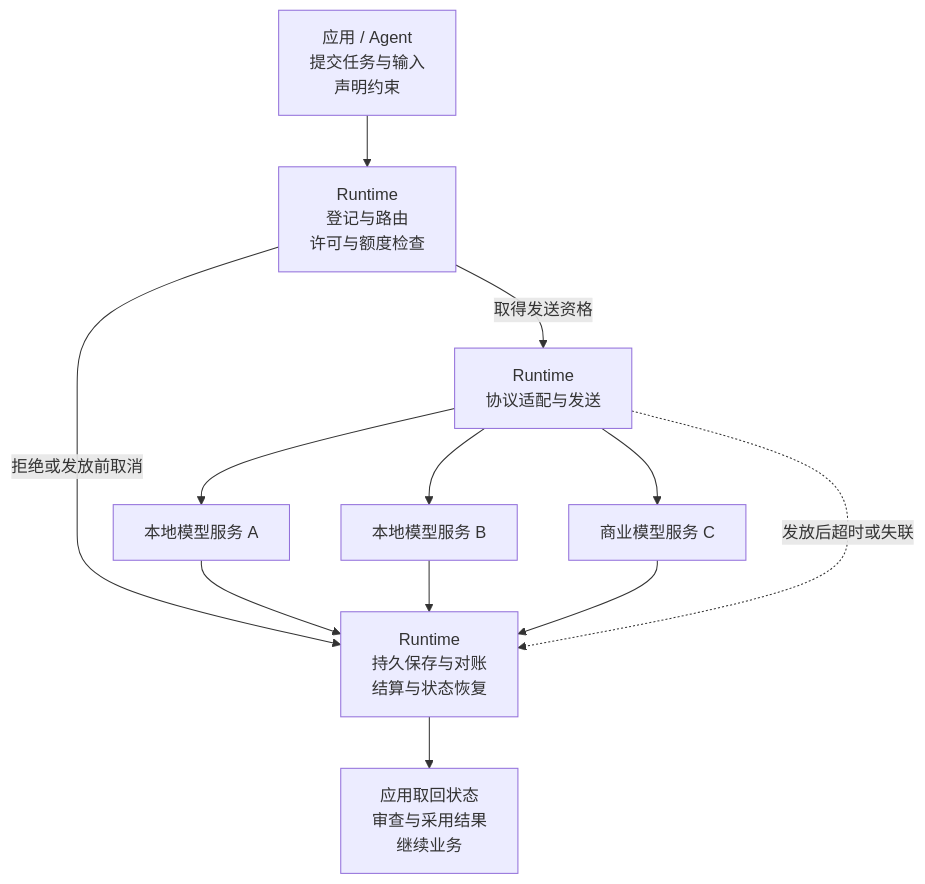
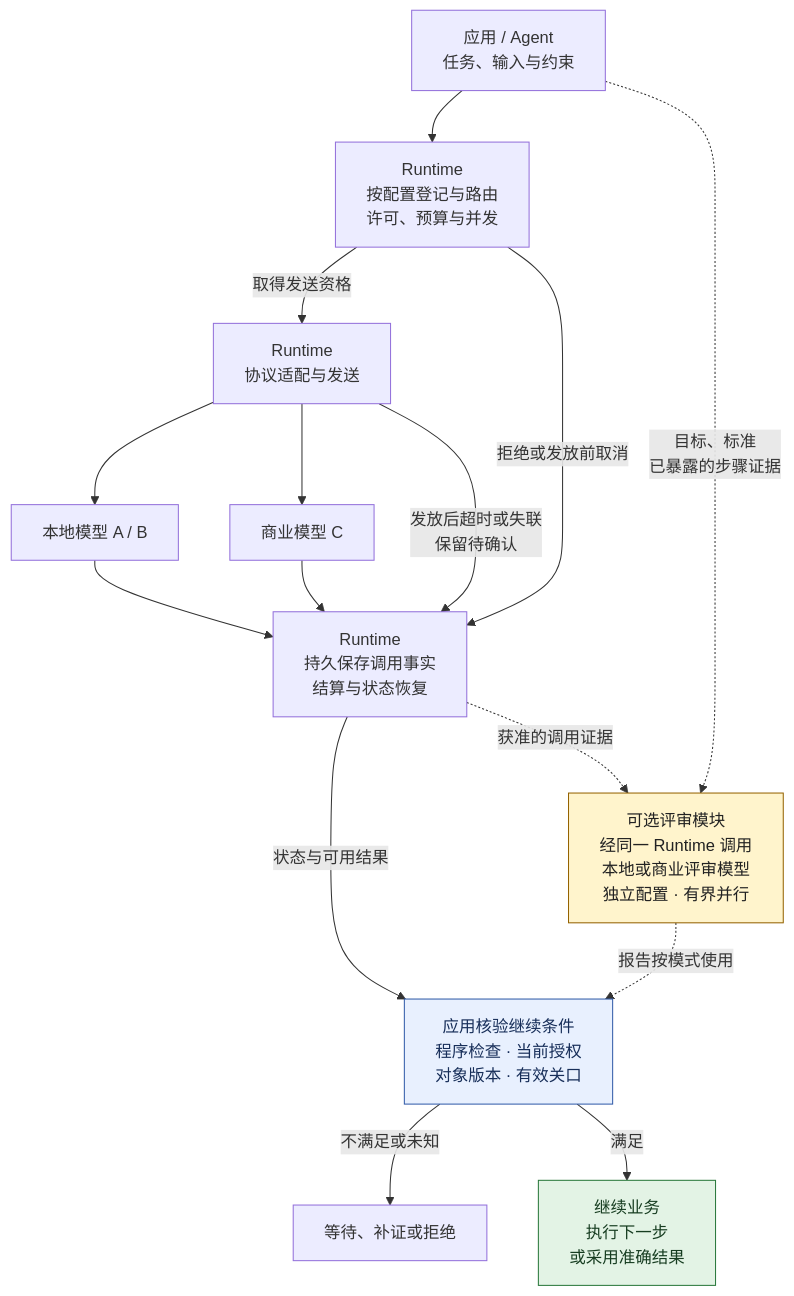
One commit to kongbu0621/infra-model-runtime changed the first of 2 diagrams in README.md. Above: the diagram before and after it, drawn with Mermaid. The commit also changed other lines of this file, not shown here.

Commit message:
docs: align README diagrams with optional model supervision

````diff
--- a/README.md
+++ b/README.md
@@ -36,23 +38,36 @@
 ```mermaid
+%%{init: {"flowchart": {"wrappingWidth": 240}}}%%
 flowchart TB
-    A["应用 / Agent<br/>提交任务与输入<br/>声明约束"]
-    B["Runtime<br/>登记与路由<br/>许可与额度检查"]
+    A["应用 / Agent<br/>任务、输入与约束"]
+    B["Runtime<br/>按配置登记与路由<br/>许可、预算与并发"]
     D["Runtime<br/>协议适配与发送"]
-    L["本地模型服务 A"]
-    M["本地模型服务 B"]
-    C["商业模型服务 C"]
-    R["Runtime<br/>持久保存与对账<br/>结算与状态恢复"]
-    U["应用取回状态<br/>审查与采用结果<br/>继续业务"]
+    L["本地模型 A / B"]
+    C["商业模型 C"]
+    R["Runtime<br/>持久保存调用事实<br/>结算与状态恢复"]
+    S["可选评审模块<br/>经同一 Runtime 调用<br/>本地或商业评审模型<br/>独立配置 · 有界并行"]
+    U["应用核验继续条件<br/>程序检查 · 当前授权<br/>对象版本 · 有效关口"]
+    W["等待、补证或拒绝"]
+    Z["继续业务<br/>执行下一步<br/>或采用准确结果"]
 
     A --> B
     B -->|取得发送资格| D
     B -->|拒绝或发放前取消| R
     D --> L
-    D --> M
     D --> C
     L --> R
-    M --> R
     C --> R
-    D -.->|发放后超时或失联| R
-    R --> U
+    D -->|"发放后超时或失联<br/>保留待确认"| R
+    R -->|状态与可用结果| U
+    A -.->|"目标、标准<br/>已暴露的步骤证据"| S
+    R -.->|获准的调用证据| S
+    S -.->|报告按模式使用| U
+    U -->|不满足或未知| W
+    U -->|满足| Z
+
+    classDef optional fill:#fff4cc,stroke:#946200,color:#222;
+    classDef decision fill:#e8f0fe,stroke:#315ba8,color:#172e59;
+    classDef outcome fill:#e3f3e5,stroke:#29783b,color:#173d21;
+    class S optional;
+    class U decision;
+    class Z outcome;
 ```
````
